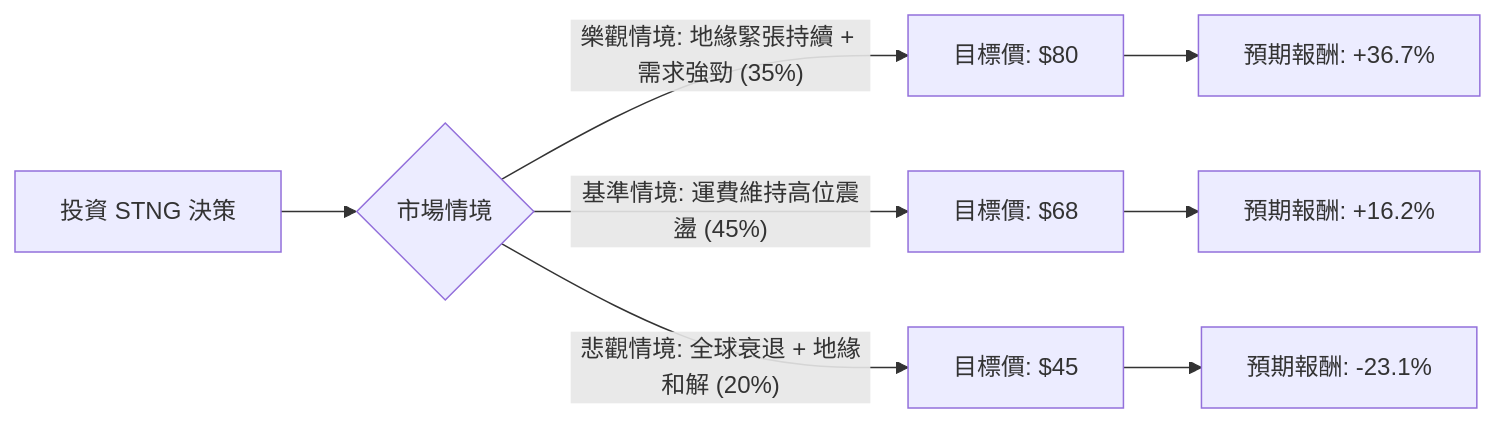
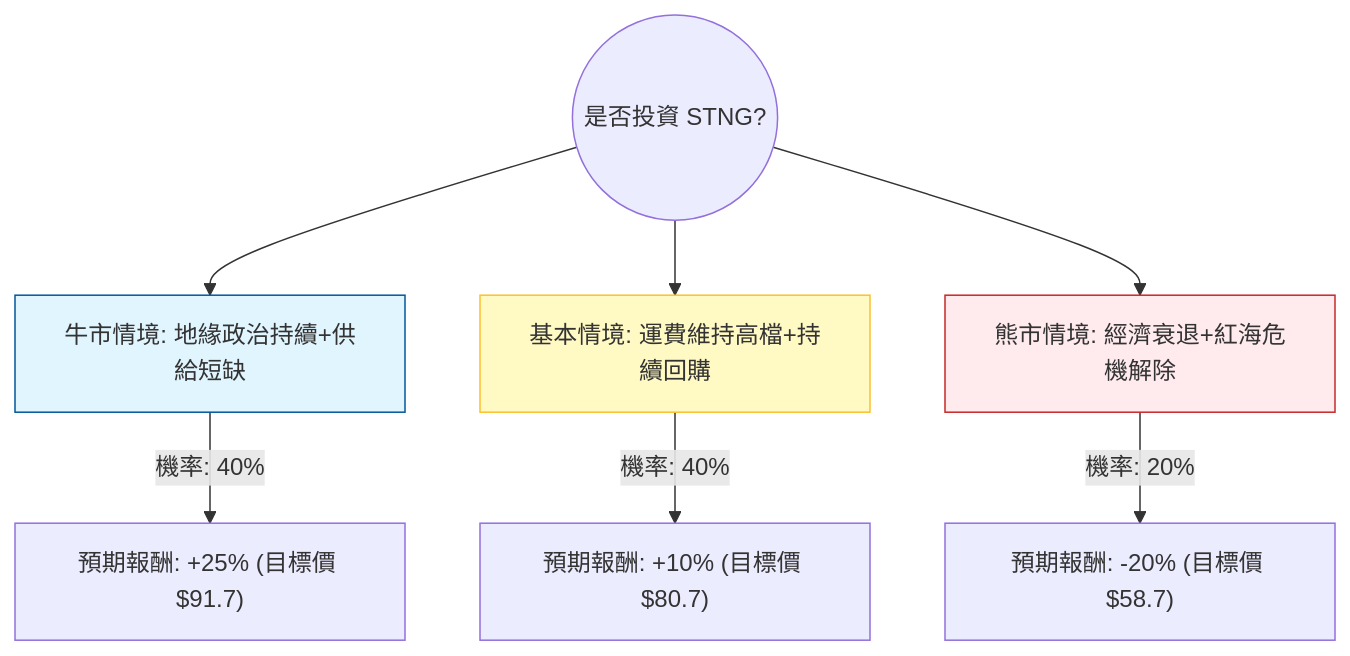
The diagram in plugin-react/ai-analysis/ev-analysis/STNG.md (zmcx16/zmcx16.github.io), drawn with Mermaid before and after one commit. The commit also changed other lines of this file and 85 other files, not shown here.

````diff
--- a/plugin-react/ai-analysis/ev-analysis/STNG.md
+++ b/plugin-react/ai-analysis/ev-analysis/STNG.md
@@ -18,12 +19,14 @@
 ```mermaid
-graph LR
-    A[投資 STNG 決策] --> B{市場情境}
-    
-    B -- 樂觀情境: 地緣緊張持續 + 需求強勁 (35%) --> C[目標價: $80]
-    B -- 基準情境: 運費維持高位震盪 (45%) --> D[目標價: $68]
-    B -- 悲觀情境: 全球衰退 + 地緣和解 (20%) --> E[目標價: $45]
+graph TD
+    Start((是否投資 STNG?)) --> Bull[牛市情境: 地緣政治持續+供給短缺]
+    Start --> Base[基本情境: 運費維持高檔+持續回購]
+    Start --> Bear[熊市情境: 經濟衰退+紅海危機解除]
 
-    C --> C1[預期報酬: +36.7%]
-    D --> D1[預期報酬: +16.2%]
-    E --> E1[預期報酬: -23.1%]
+    Bull -- "機率: 40%" --> Bull_EV["預期報酬: +25% (目標價 $91.7)"]
+    Base -- "機率: 40%" --> Base_EV["預期報酬: +10% (目標價 $80.7)"]
+    Bear -- "機率: 20%" --> Bear_EV["預期報酬: -20% (目標價 $58.7)"]
+
+    style Bull fill:#e1f5fe,stroke:#01579b
+    style Base fill:#fff9c4,stroke:#fbc02d
+    style Bear fill:#ffebee,stroke:#c62828
 ```
````
